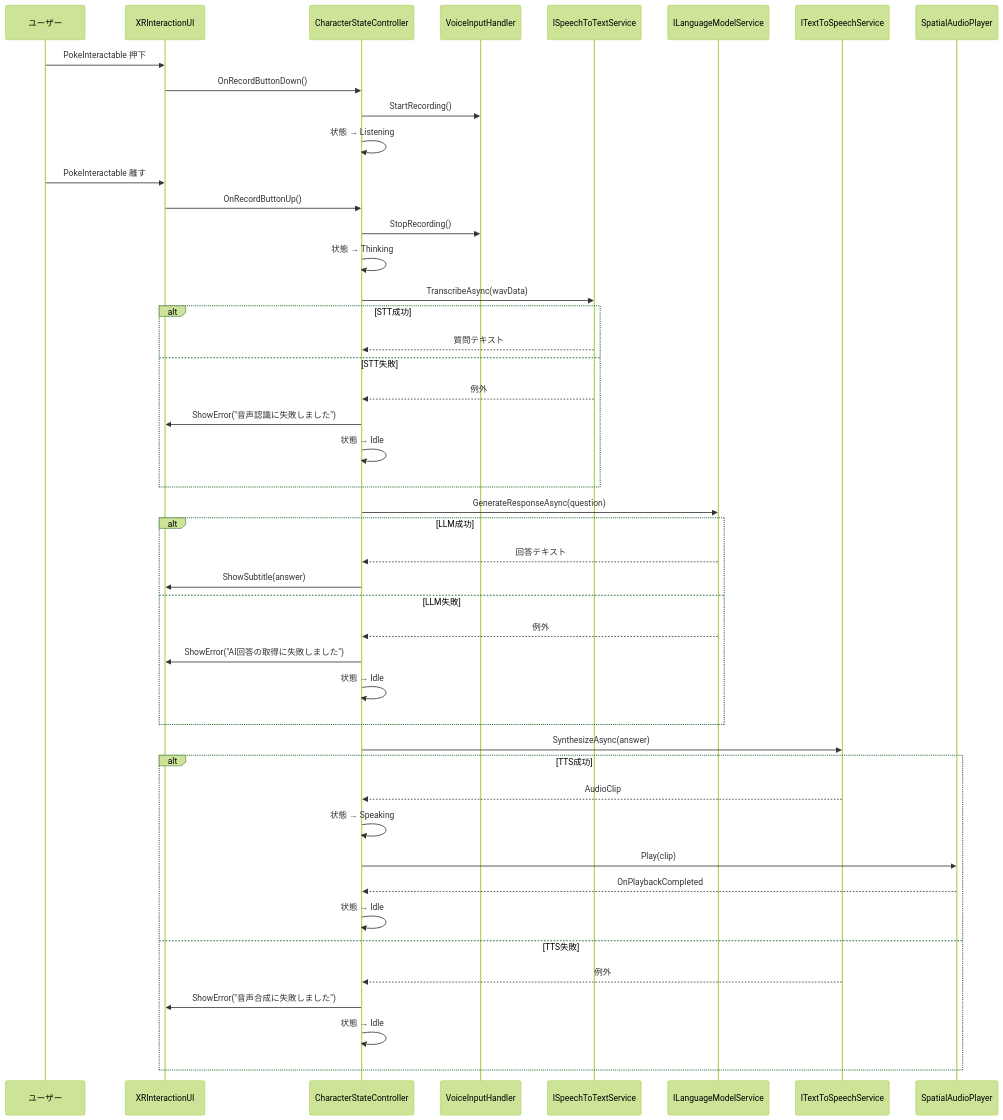
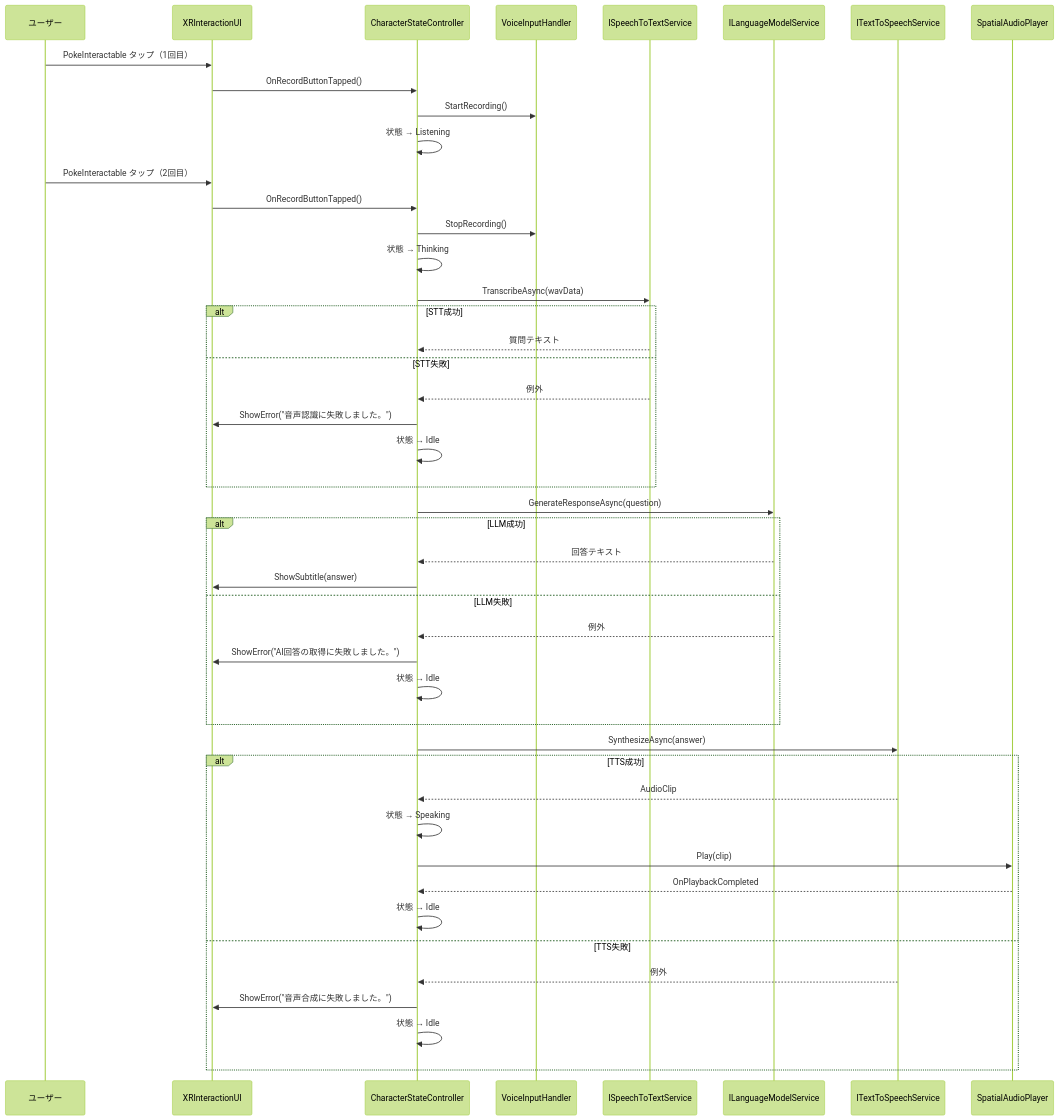
The third of 5 diagrams in prototype_design.md (ken00012/MRCharBase), drawn with Mermaid (forest theme) before and after one commit. The commit also changed other lines of this file and 1 other file, not shown here.

````diff
--- a/prototype_design.md
+++ b/prototype_design.md
@@ -113,53 +113,53 @@
 ```mermaid
 sequenceDiagram
     participant U as ユーザー
     participant UI as XRInteractionUI
     participant CSC as CharacterStateController
     participant VIH as VoiceInputHandler
     participant STT as ISpeechToTextService
     participant LLM as ILanguageModelService
     participant TTS as ITextToSpeechService
     participant SAP as SpatialAudioPlayer
 
-    U->>UI: PokeInteractable 押下
-    UI->>CSC: OnRecordButtonDown()
+    U->>UI: PokeInteractable タップ（1回目）
+    UI->>CSC: OnRecordButtonTapped()
     CSC->>VIH: StartRecording()
     CSC->>CSC: 状態 → Listening
 
-    U->>UI: PokeInteractable 離す
-    UI->>CSC: OnRecordButtonUp()
+    U->>UI: PokeInteractable タップ（2回目）
+    UI->>CSC: OnRecordButtonTapped()
     CSC->>VIH: StopRecording()
     CSC->>CSC: 状態 → Thinking
 
     CSC->>STT: TranscribeAsync(wavData)
     alt STT成功
         STT-->>CSC: 質問テキスト
     else STT失敗
         STT-->>CSC: 例外
-        CSC->>UI: ShowError("音声認識に失敗しました")
+        CSC->>UI: ShowError("音声認識に失敗しました。")
         CSC->>CSC: 状態 → Idle
     end
 
     CSC->>LLM: GenerateResponseAsync(question)
     alt LLM成功
         LLM-->>CSC: 回答テキスト
         CSC->>UI: ShowSubtitle(answer)
     else LLM失敗
         LLM-->>CSC: 例外
-        CSC->>UI: ShowError("AI回答の取得に失敗しました")
+        CSC->>UI: ShowError("AI回答の取得に失敗しました。")
         CSC->>CSC: 状態 → Idle
     end
 
     CSC->>TTS: SynthesizeAsync(answer)
     alt TTS成功
         TTS-->>CSC: AudioClip
         CSC->>CSC: 状態 → Speaking
         CSC->>SAP: Play(clip)
         SAP-->>CSC: OnPlaybackCompleted
         CSC->>CSC: 状態 → Idle
     else TTS失敗
         TTS-->>CSC: 例外
-        CSC->>UI: ShowError("音声合成に失敗しました")
+        CSC->>UI: ShowError("音声合成に失敗しました。")
         CSC->>CSC: 状態 → Idle
     end
 ```
````
